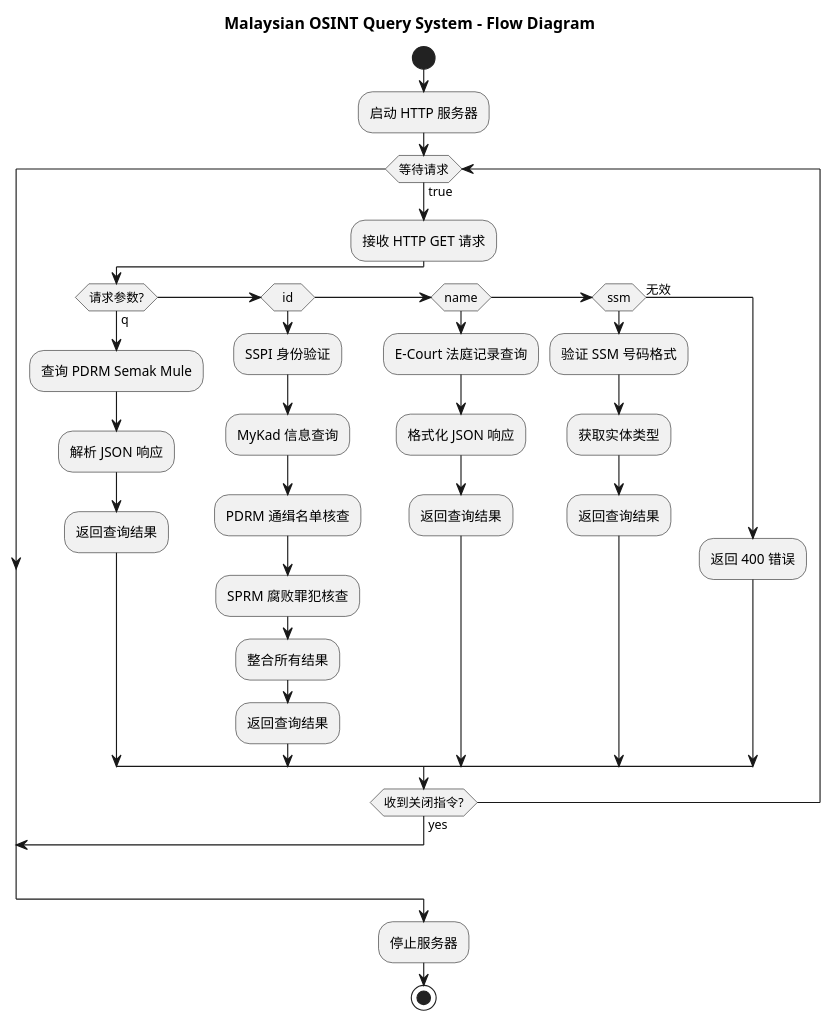
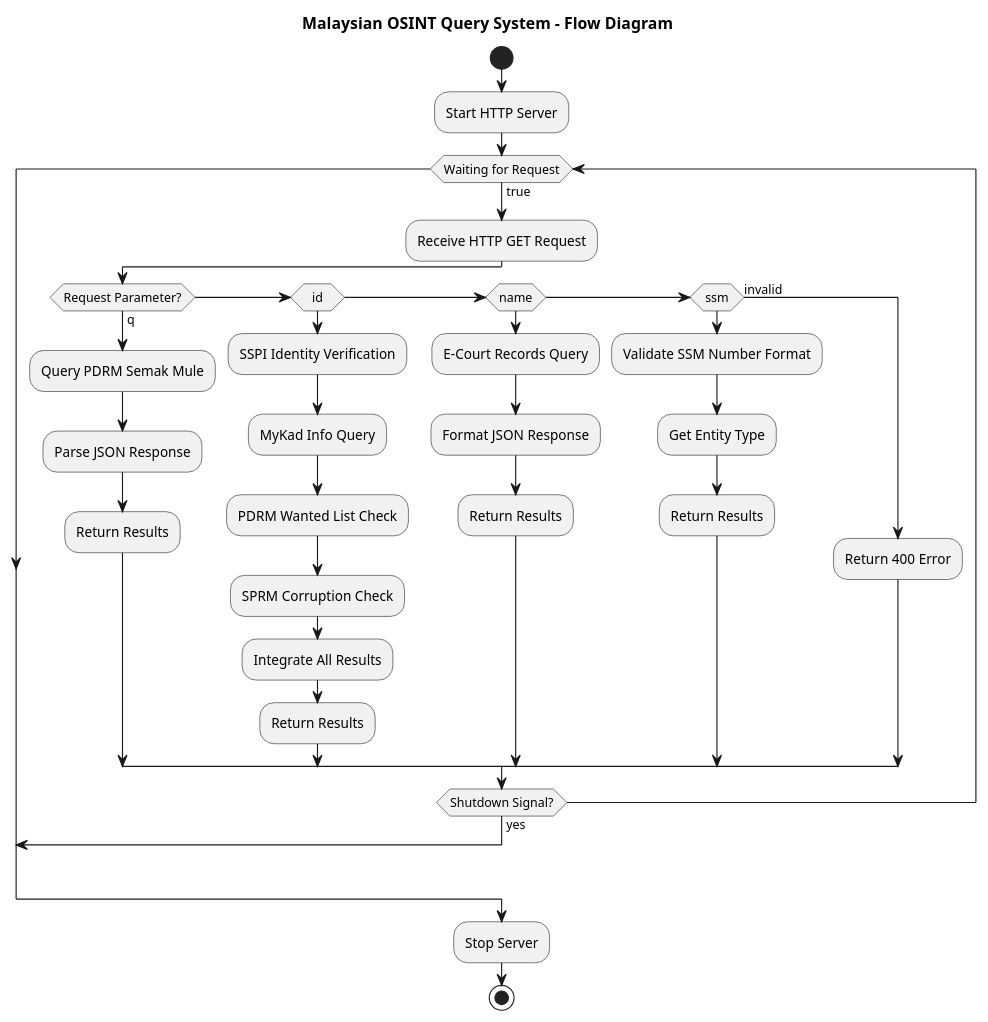
One commit to ctkqiang/MalaysianOSINT changed the diagram in assets/flow.puml. Above: the diagram before and after it, drawn with PlantUML. The commit also changed 1 other file, not shown here.

Commit message:
docs: 更新文档和流程图中的英文翻译
将中文内容统一更新为英文，包括网页标题、API端点描述和流程图步骤，以提高国际用户的可读性

```diff
--- a/assets/flow.puml
+++ b/assets/flow.puml
@@ -1,43 +1,43 @@
 @startuml
 title Malaysian OSINT Query System - Flow Diagram
 
 start
 
-:启动 HTTP 服务器;
+:Start HTTP Server;
 
-while (等待请求) is (true)
-  :接收 HTTP GET 请求;
+while (Waiting for Request) is (true)
+  :Receive HTTP GET Request;
   
-  if (请求参数?) then (q)
-    :查询 PDRM Semak Mule;
-    :解析 JSON 响应;
-    :返回查询结果;
+  if (Request Parameter?) then (q)
+    :Query PDRM Semak Mule;
+    :Parse JSON Response;
+    :Return Results;
   elseif (id) then
-    :SSPI 身份验证;
-    :MyKad 信息查询;
-    :PDRM 通缉名单核查;
-    :SPRM 腐败罪犯核查;
-    :整合所有结果;
-    :返回查询结果;
+    :SSPI Identity Verification;
+    :MyKad Info Query;
+    :PDRM Wanted List Check;
+    :SPRM Corruption Check;
+    :Integrate All Results;
+    :Return Results;
   elseif (name) then
-    :E-Court 法庭记录查询;
-    :格式化 JSON 响应;
-    :返回查询结果;
+    :E-Court Records Query;
+    :Format JSON Response;
+    :Return Results;
   elseif (ssm) then
-    :验证 SSM 号码格式;
-    :获取实体类型;
-    :返回查询结果;
-  else (无效)
-    :返回 400 错误;
+    :Validate SSM Number Format;
+    :Get Entity Type;
+    :Return Results;
+  else (invalid)
+    :Return 400 Error;
   endif
   
-  if (收到关闭指令?) then (yes)
+  if (Shutdown Signal?) then (yes)
     break
   endif
 endwhile
 
-:停止服务器;
+:Stop Server;
 
 stop
 
 @enduml
```
